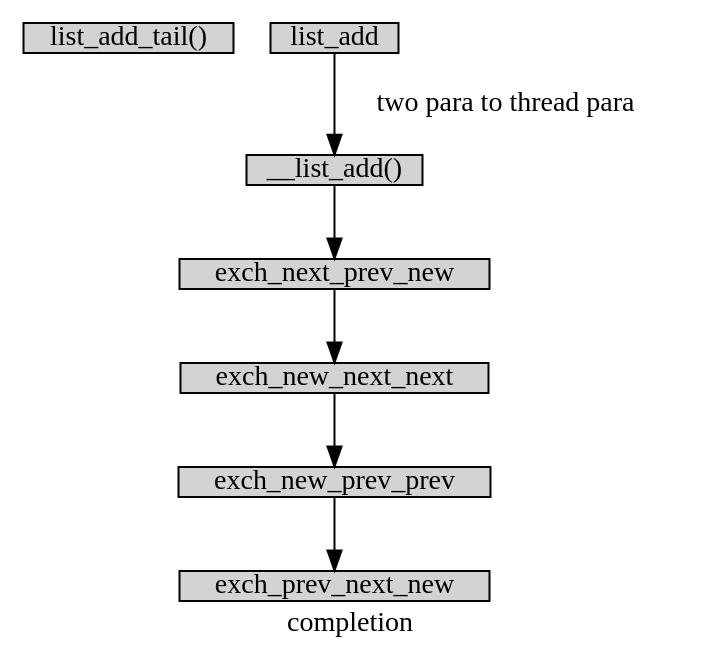
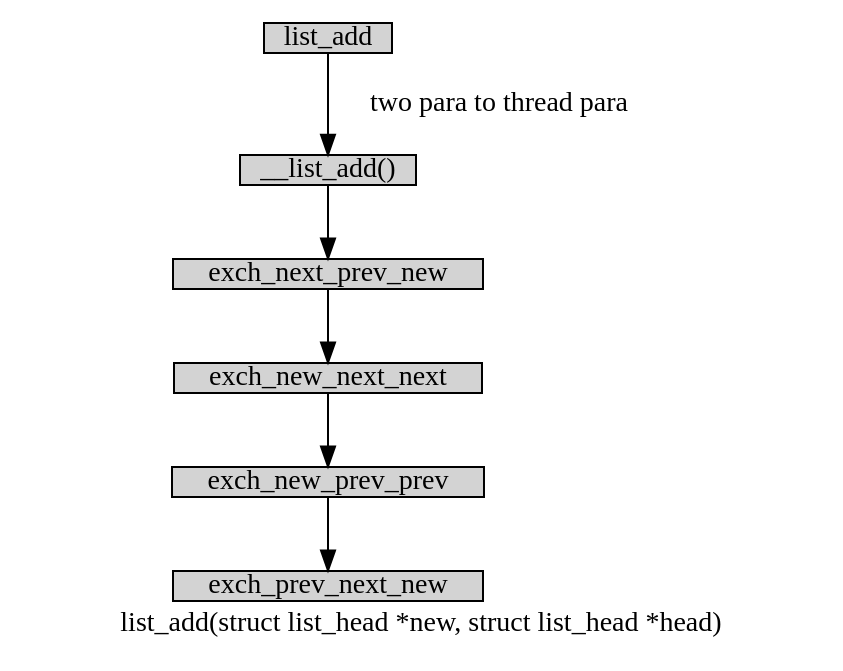
Before and after one commit to BGCX261/zone-source-git: the diagram in ulk3_list_add.dot, drawn with Graphviz. The commit also changed 72 other files, not shown here.

```diff
--- a/ulk3_list_add.dot
+++ b/ulk3_list_add.dot
@@ -1,16 +1,16 @@
 digraph list_add{
-        label="completion";
+        label="list_add(struct list_head *new, struct list_head *head)";
         size="10,18";
         ratio=filled;
         
 	node[style=filled, shape = box, margin="0.05,0.005",height="0.1",width="0.1"];
 
-        list_add_tail[label="list_add_tail()"];
+        // list_add_tail[label="list_add_tail()"];
         __list_add[label="__list_add()"];
 
         list_add -> __list_add[label="two para to thread para"];
         __list_add -> exch_next_prev_new;
         exch_next_prev_new -> exch_new_next_next;
         exch_new_next_next -> exch_new_prev_prev;
         exch_new_prev_prev -> exch_prev_next_new;
 }
```
